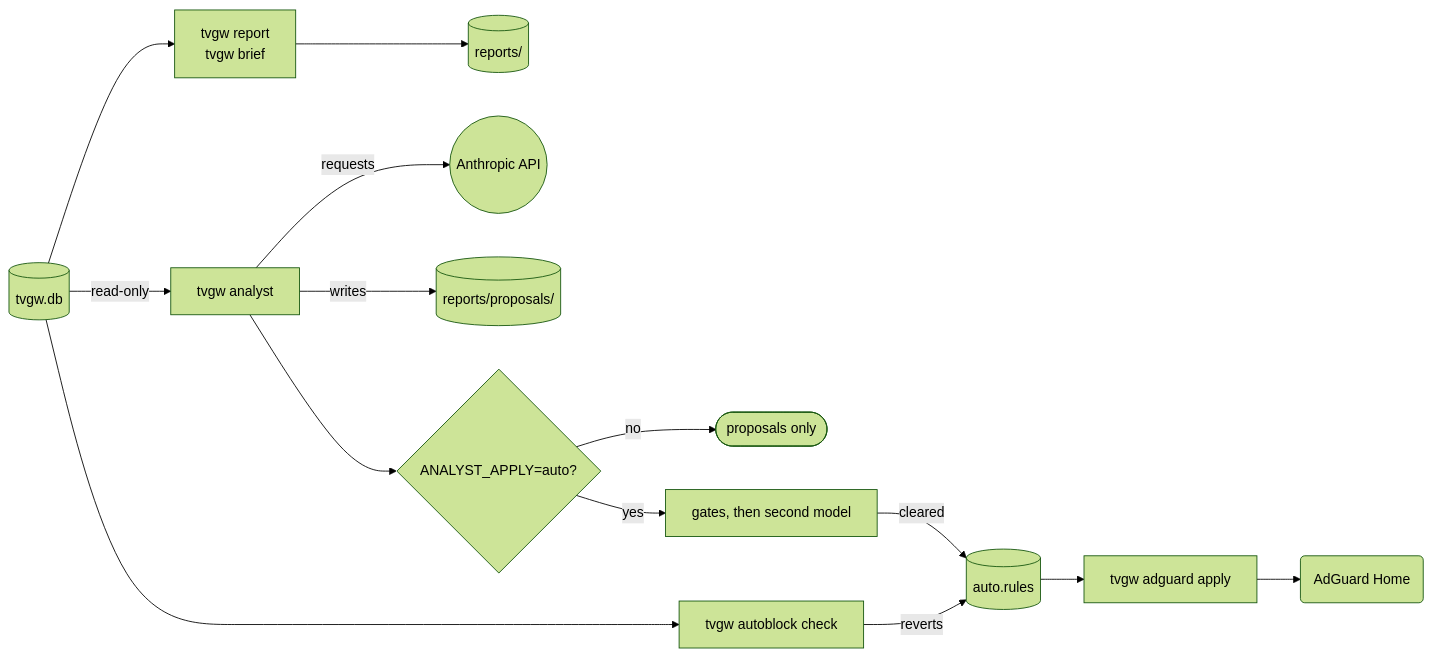
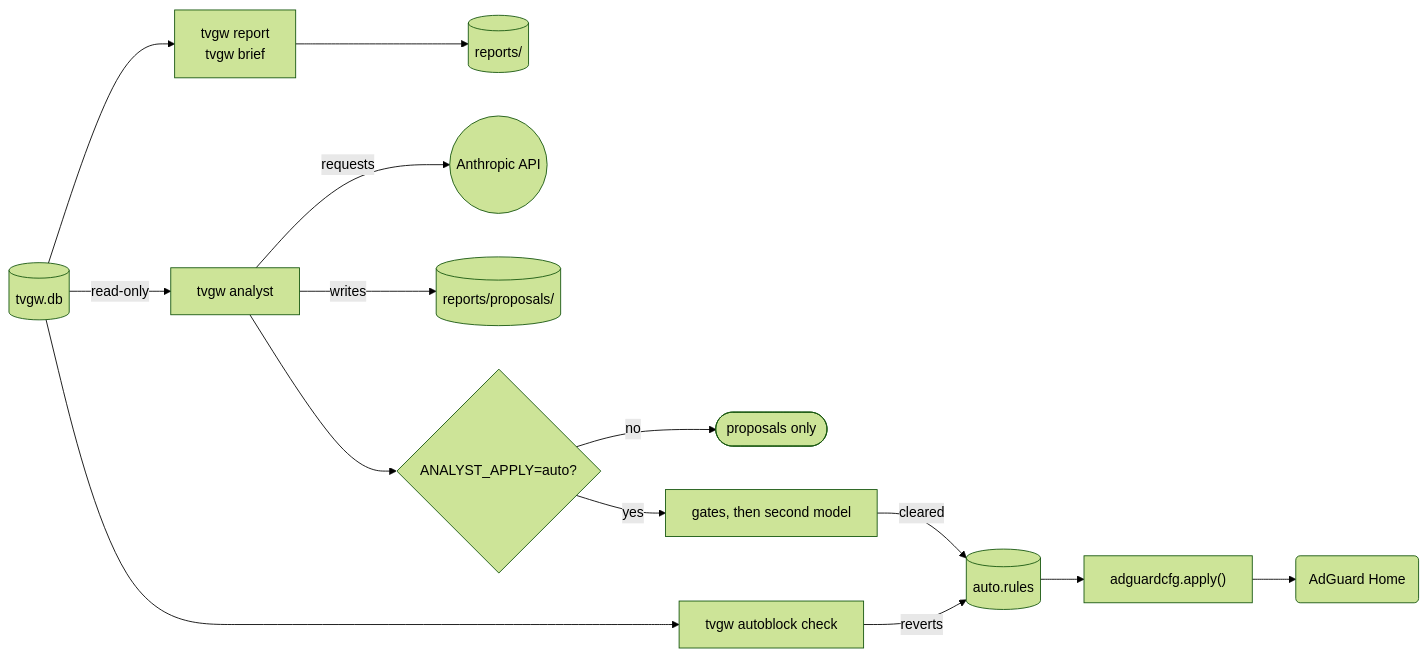
Before and after one commit to kywwilson11/tvgw: the fifth of 5 diagrams in docs/architecture.md, drawn with Mermaid (forest theme). The commit also changed other lines of this file, not shown here.

First line of the commit message:
docs/architecture: the packet path and cadences as main runs them

````diff
--- a/docs/architecture.md
+++ b/docs/architecture.md
@@ -199,12 +200,12 @@
 ```mermaid
 flowchart LR
     store[("tvgw.db")] --> report["tvgw report<br/>tvgw brief"] --> reports[("reports/")]
     store -->|read-only| analyst["tvgw analyst"]
     analyst -->|requests| api(("Anthropic API"))
     analyst -->|writes| proposals[("reports/proposals/")]
     analyst --> auto{"ANALYST_APPLY=auto?"}
     auto -->|no| proposalsOnly(["proposals only"])
     auto -->|yes| gates["gates, then second model"] -->|cleared| autoRules[("auto.rules")]
-    autoRules --> adguardApply["tvgw adguard apply"] --> adguard("AdGuard Home")
+    autoRules --> adguardApply["adguardcfg.apply()"] --> adguard("AdGuard Home")
     store --> check["tvgw autoblock check"] -->|reverts| autoRules
 ```
````
